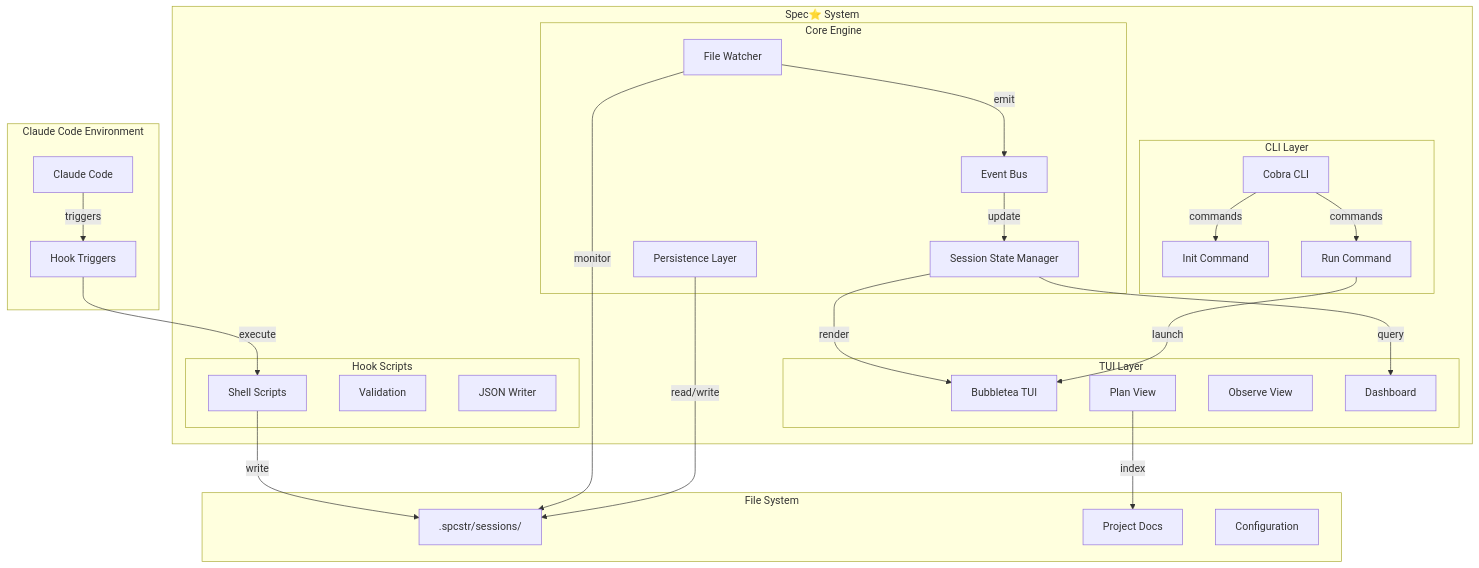
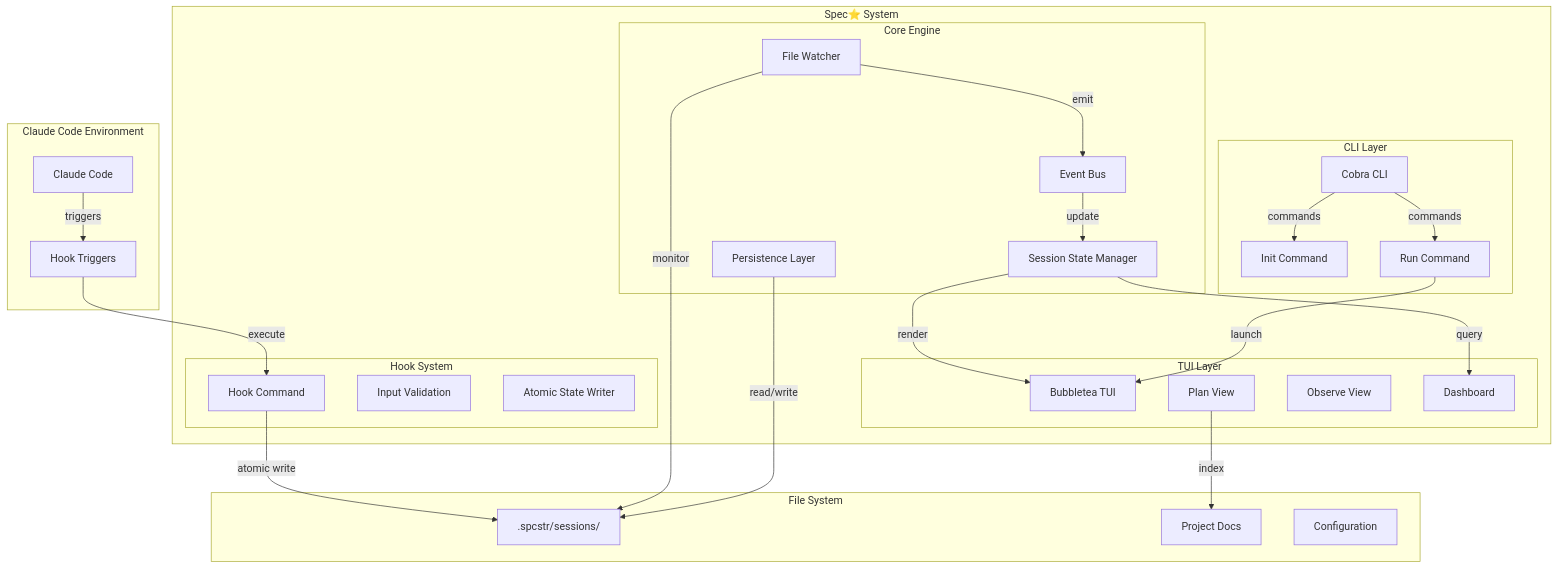
One commit to dylan-gluck/spcstr changed the diagram in docs/architecture/high-level-architecture.md. Above: the diagram before and after it, drawn with Mermaid. The commit also changed other lines of this file and 31 other files, not shown here.

Commit message:
fix(1.3): Course correct, updated hook system

````diff
--- a/docs/architecture/high-level-architecture.md
+++ b/docs/architecture/high-level-architecture.md
@@ -21,55 +21,55 @@
 ```mermaid
 graph TB
     subgraph "Claude Code Environment"
         CC[Claude Code]
         HOOKS[Hook Triggers]
     end
     
     subgraph "Spec⭐️ System"
         subgraph "CLI Layer"
             COBRA[Cobra CLI]
             INIT[Init Command]
             RUN[Run Command]
         end
         
-        subgraph "Hook Scripts"
-            HS[Shell Scripts]
-            VALIDATE[Validation]
-            WRITER[JSON Writer]
+        subgraph "Hook System"
+            HC[Hook Command]
+            VALIDATE[Input Validation]
+            ATOMIC[Atomic State Writer]
         end
         
         subgraph "Core Engine"
             WATCHER[File Watcher]
             EVENTS[Event Bus]
             STATE[Session State Manager]
             PERSIST[Persistence Layer]
         end
         
         subgraph "TUI Layer"
             BT[Bubbletea TUI]
             PLAN[Plan View]
             OBSERVE[Observe View]
             DASH[Dashboard]
         end
     end
     
     subgraph "File System"
         SESSIONS[.spcstr/sessions/]
         DOCS[Project Docs]
         CONFIG[Configuration]
     end
     
     CC -->|triggers| HOOKS
-    HOOKS -->|execute| HS
-    HS -->|write| SESSIONS
+    HOOKS -->|execute| HC
+    HC -->|atomic write| SESSIONS
     WATCHER -->|monitor| SESSIONS
     WATCHER -->|emit| EVENTS
     EVENTS -->|update| STATE
     STATE -->|render| BT
     PERSIST -->|read/write| SESSIONS
     COBRA -->|commands| INIT
     COBRA -->|commands| RUN
     RUN -->|launch| BT
     PLAN -->|index| DOCS
     STATE -->|query| DASH
 ```
````
